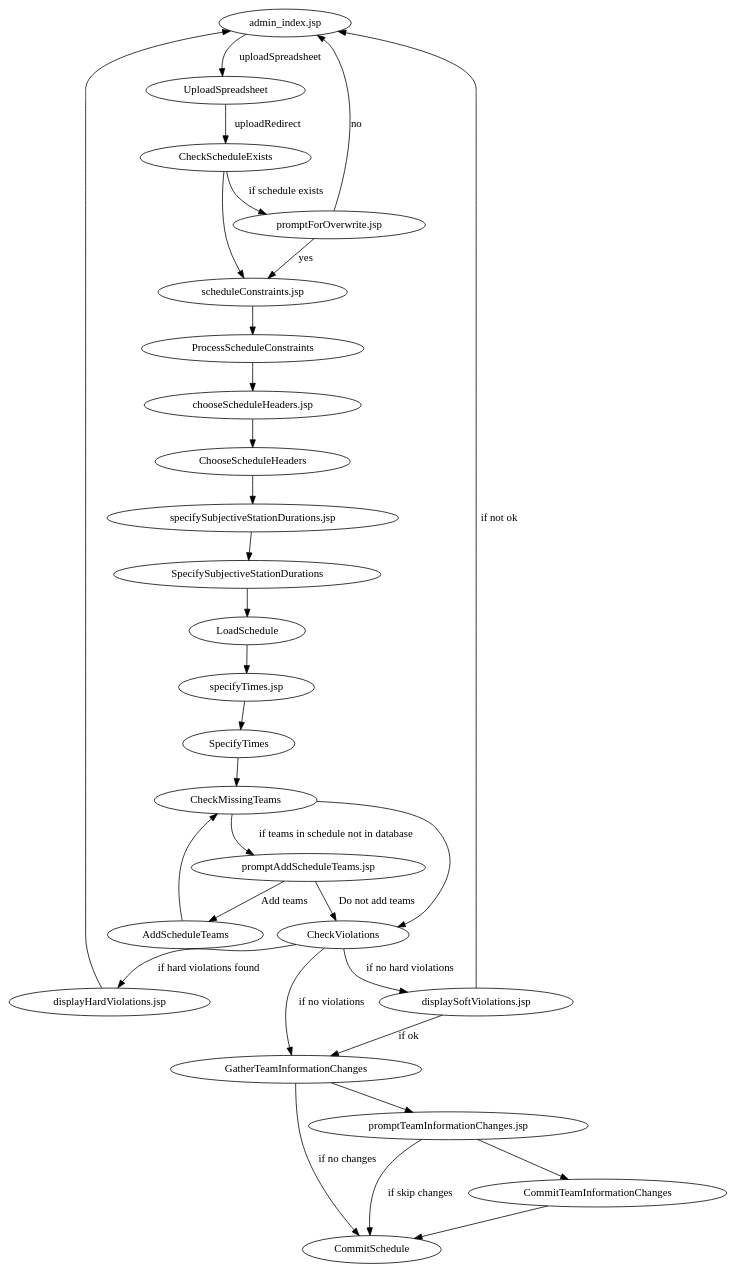
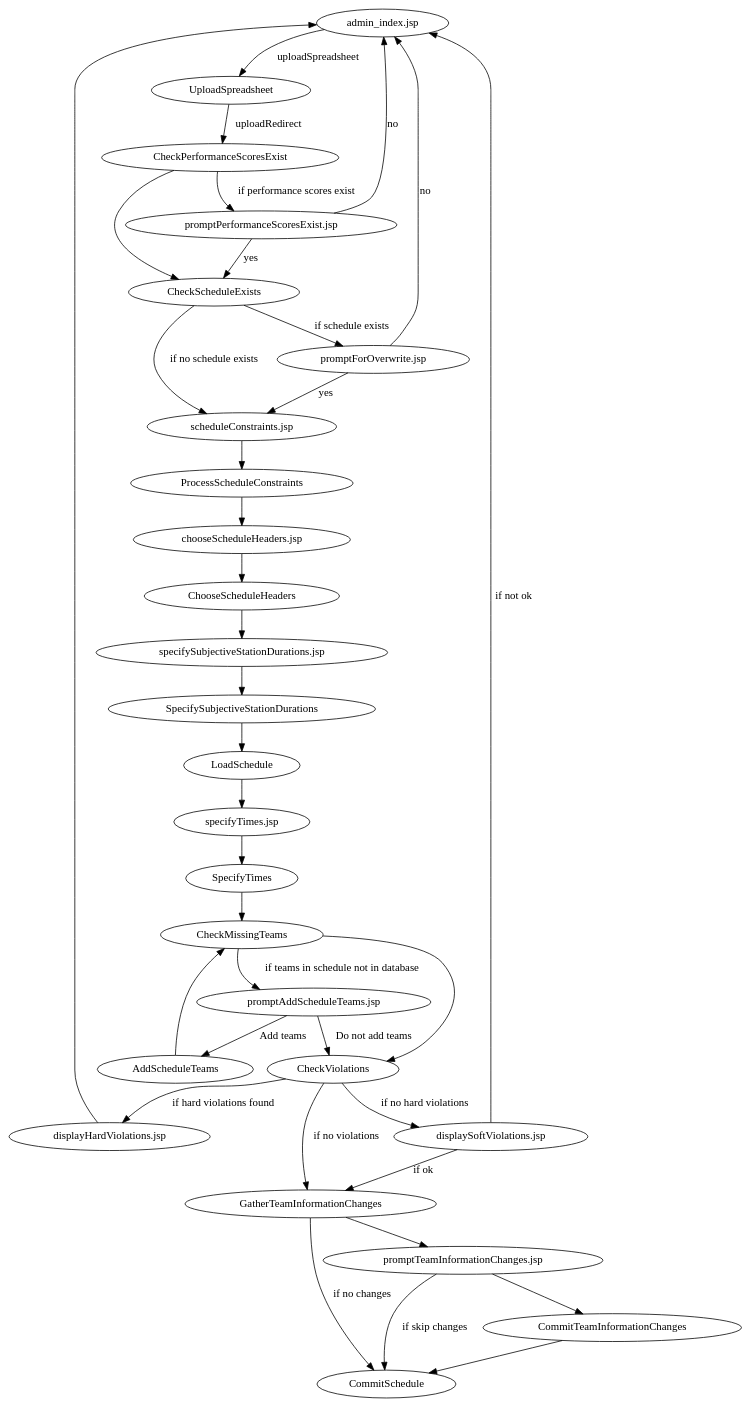
Before and after one commit to jpschewe/fll-sw: the diagram in src/main/documentation/workflows/upload-schedule.dot, drawn with Graphviz. The commit also changed 4 other files, not shown here.

First line of the commit message:
Confirm schedule upload with existing performance scores

```diff
--- a/src/main/documentation/workflows/upload-schedule.dot
+++ b/src/main/documentation/workflows/upload-schedule.dot
@@ -1,55 +1,61 @@
 digraph UploadSchedule {
 
 "admin_index.jsp" -> UploadSpreadsheet [label="uploadSpreadsheet"];
 
-UploadSpreadsheet -> CheckScheduleExists [label="uploadRedirect"];
+UploadSpreadsheet -> CheckPerformanceScoresExist  [label="uploadRedirect"];
+
+CheckPerformanceScoresExist -> "promptPerformanceScoresExist.jsp" [label="if performance scores exist"];
+
+"promptPerformanceScoresExist.jsp" -> CheckScheduleExists [label="yes"];
+"promptPerformanceScoresExist.jsp" -> "admin_index.jsp" [label="no"];
+CheckPerformanceScoresExist -> CheckScheduleExists;
 
 CheckScheduleExists -> "promptForOverwrite.jsp" [label="if schedule exists"];
 
 "promptForOverwrite.jsp" -> "scheduleConstraints.jsp" [label="yes"];
 "promptForOverwrite.jsp" -> "admin_index.jsp" [label="no"];
 
-CheckScheduleExists -> "scheduleConstraints.jsp";
+CheckScheduleExists -> "scheduleConstraints.jsp" [label="if no schedule exists"];
 
 "scheduleConstraints.jsp" -> ProcessScheduleConstraints;
 ProcessScheduleConstraints -> "chooseScheduleHeaders.jsp";
 
 "chooseScheduleHeaders.jsp" -> ChooseScheduleHeaders;
 ChooseScheduleHeaders -> "specifySubjectiveStationDurations.jsp";
 
 "specifySubjectiveStationDurations.jsp" -> SpecifySubjectiveStationDurations;
 SpecifySubjectiveStationDurations -> LoadSchedule;
 
 LoadSchedule -> "specifyTimes.jsp";
 
 "specifyTimes.jsp" -> SpecifyTimes;
 SpecifyTimes -> CheckMissingTeams;
 
 CheckMissingTeams -> CheckViolations;
 CheckMissingTeams -> "promptAddScheduleTeams.jsp" [label="if teams in schedule not in database"];
 
 "promptAddScheduleTeams.jsp" -> AddScheduleTeams [label="Add teams"];
 "promptAddScheduleTeams.jsp" -> CheckViolations [label="Do not add teams"];
 
 AddScheduleTeams -> CheckMissingTeams;
 
 CheckViolations -> "GatherTeamInformationChanges" [label="if no violations"];
 CheckViolations -> "displayHardViolations.jsp" [label="if hard violations found"];
 CheckViolations -> "displaySoftViolations.jsp" [label="if no hard violations"];
 
 "displayHardViolations.jsp" -> "admin_index.jsp";
 
 "displaySoftViolations.jsp" -> "GatherTeamInformationChanges" [label="if ok"];
 "displaySoftViolations.jsp" -> "admin_index.jsp" [label="if not ok"];
 
 "GatherTeamInformationChanges" -> "CommitSchedule" [label="if no changes"];
 "GatherTeamInformationChanges" -> "promptTeamInformationChanges.jsp";
 
 "promptTeamInformationChanges.jsp" -> "CommitTeamInformationChanges";
 "promptTeamInformationChanges.jsp" -> "CommitSchedule" [label="if skip changes"];
 
 "CommitTeamInformationChanges" -> "CommitSchedule";
 
 
 
 }
```
